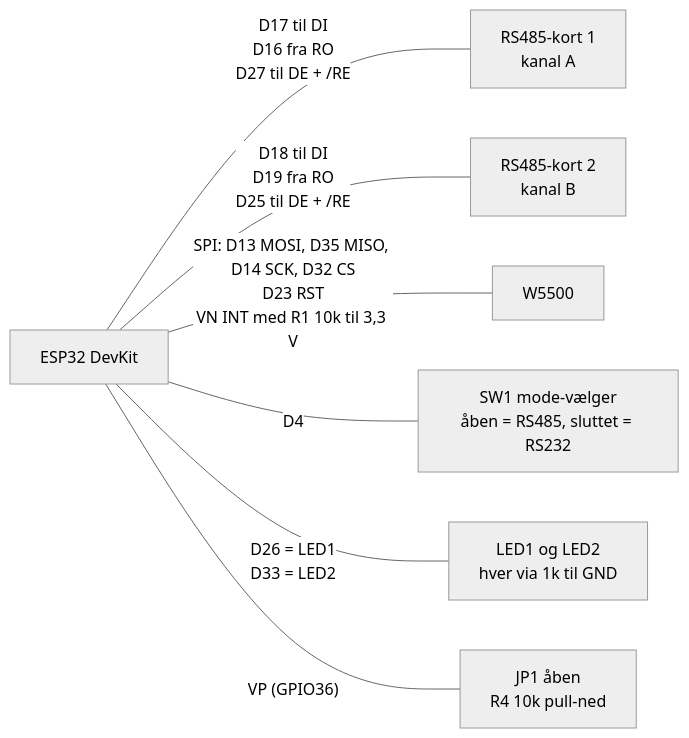
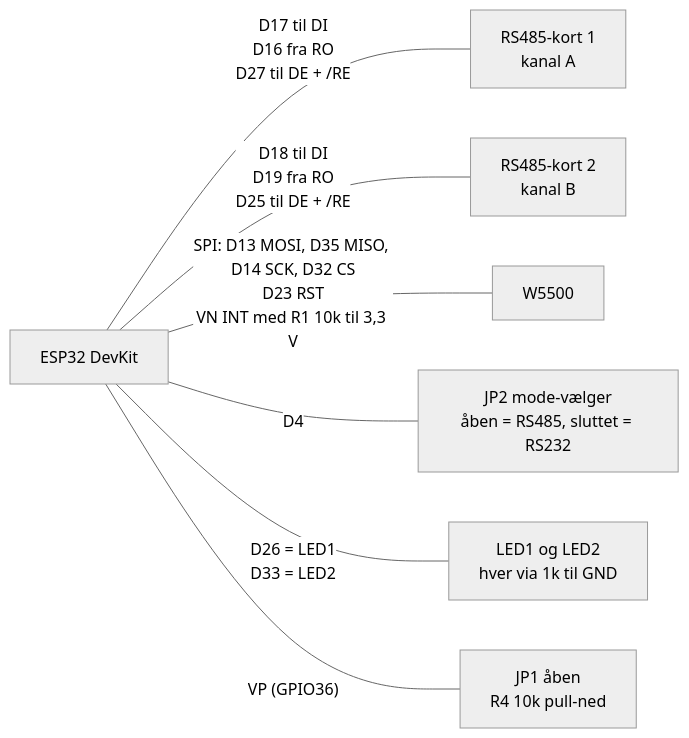
The first of 2 diagrams in docs/ESP32_W5500_UART_RS485_KOBLING.md (Jangreenlarsen/HypervisionPLC-Extension-board), drawn with Mermaid (neutral theme) before and after one commit. The commit also changed other lines of this file and 1 other file, not shown here.

First line of the commit message:
docs: SW1 omdoebt til JP2 i kablingsdiagrammet (jumper, ikke DIP)

````diff
--- a/docs/ESP32_W5500_UART_RS485_KOBLING.md
+++ b/docs/ESP32_W5500_UART_RS485_KOBLING.md
@@ -20,17 +20,17 @@
 ```mermaid
 flowchart LR
     ESP["ESP32 DevKit"]
     ETH["W5500"]
     RS1["RS485-kort 1<br/>kanal A"]
     RS2["RS485-kort 2<br/>kanal B"]
-    SW1["SW1 mode-vælger<br/>åben = RS485, sluttet = RS232"]
+    JP2["JP2 mode-vælger<br/>åben = RS485, sluttet = RS232"]
     LED["LED1 og LED2<br/>hver via 1k til GND"]
     EXP["JP1 åben<br/>R4 10k pull-ned"]
 
     ESP ---|"D17 til DI<br/>D16 fra RO<br/>D27 til DE + /RE"| RS1
     ESP ---|"D18 til DI<br/>D19 fra RO<br/>D25 til DE + /RE"| RS2
     ESP ---|"SPI: D13 MOSI, D35 MISO, D14 SCK, D32 CS<br/>D23 RST<br/>VN INT med R1 10k til 3,3 V"| ETH
-    ESP ---|"D4"| SW1
+    ESP ---|"D4"| JP2
     ESP ---|"D26 = LED1<br/>D33 = LED2"| LED
     ESP ---|"VP (GPIO36)"| EXP
 ```
````
